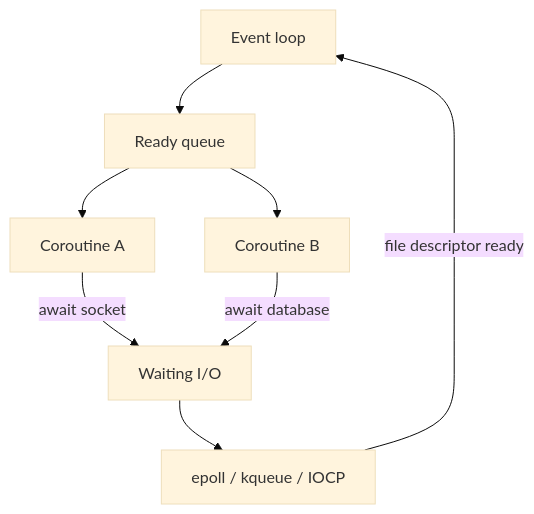
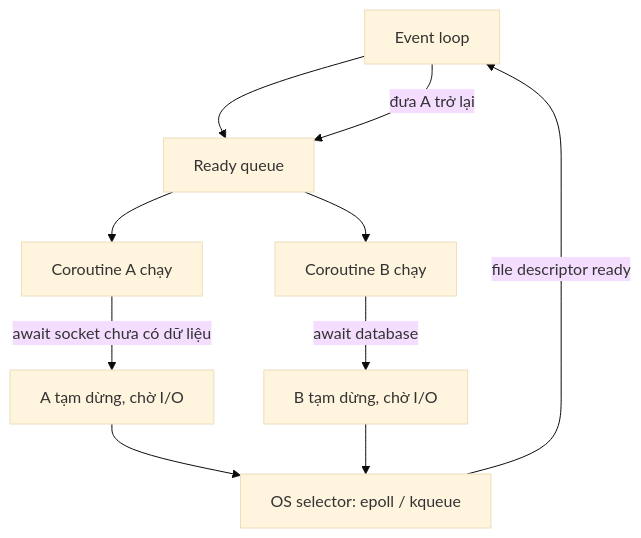
The first of 3 diagrams in python/knowledges/02-python-concurrency/asyncio.md (HuyNguyen-FinX/Try_Hard), drawn with Mermaid (base theme) before and after one commit. The commit also changed other lines of this file and 139 other files, not shown here.

````diff
--- a/python/knowledges/02-python-concurrency/asyncio.md
+++ b/python/knowledges/02-python-concurrency/asyncio.md
@@ -153,10 +15,12 @@
 ```mermaid
 flowchart TD
     Loop["Event loop"] --> Ready["Ready queue"]
-    Ready --> A["Coroutine A"]
-    A -->|await socket| Waiting["Waiting I/O"]
-    Ready --> B["Coroutine B"]
-    B -->|await database| Waiting
-    Waiting --> OS["epoll / kqueue / IOCP"]
-    OS -->|file descriptor ready| Loop
+    Ready --> A["Coroutine A chạy"]
+    A -->|"await socket chưa có dữ liệu"| WaitA["A tạm dừng, chờ I/O"]
+    Ready --> B["Coroutine B chạy"]
+    B -->|"await database"| WaitB["B tạm dừng, chờ I/O"]
+    WaitA --> OS["OS selector: epoll / kqueue"]
+    WaitB --> OS
+    OS -->|"file descriptor ready"| Loop
+    Loop -->|"đưa A trở lại"| Ready
 ```
````
